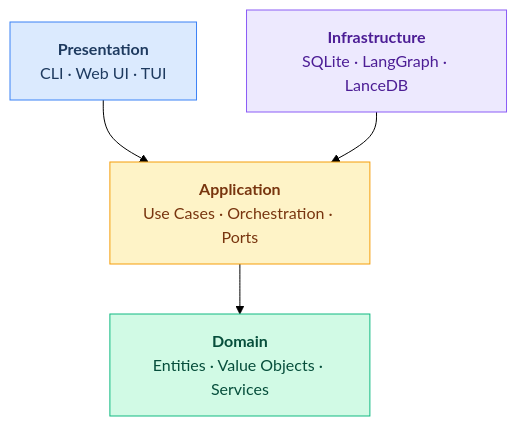
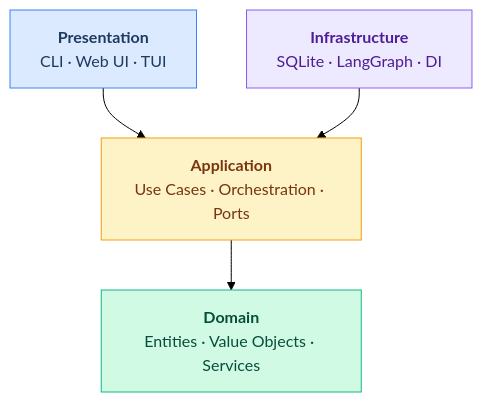
The diagram in README.md (shep-ai/cli), drawn with Mermaid (forest theme) before and after one commit. The commit also changed other lines of this file and 36 other files, not shown here.

````diff
--- a/README.md
+++ b/README.md
@@ -385,15 +152,15 @@
 ```mermaid
 flowchart TB
     P["<b>Presentation</b><br/>CLI · Web UI · TUI"]
     A["<b>Application</b><br/>Use Cases · Orchestration · Ports"]
     D["<b>Domain</b><br/>Entities · Value Objects · Services"]
-    I["<b>Infrastructure</b><br/>SQLite · LangGraph · LanceDB"]
+    I["<b>Infrastructure</b><br/>SQLite · LangGraph · DI"]
 
     P --> A --> D
     I --> A
 
     style P fill:#dbeafe,stroke:#3b82f6,color:#1e3a5f
     style A fill:#fef3c7,stroke:#f59e0b,color:#78350f
     style D fill:#d1fae5,stroke:#10b981,color:#064e3b
     style I fill:#ede9fe,stroke:#8b5cf6,color:#4c1d95
 ```
````
